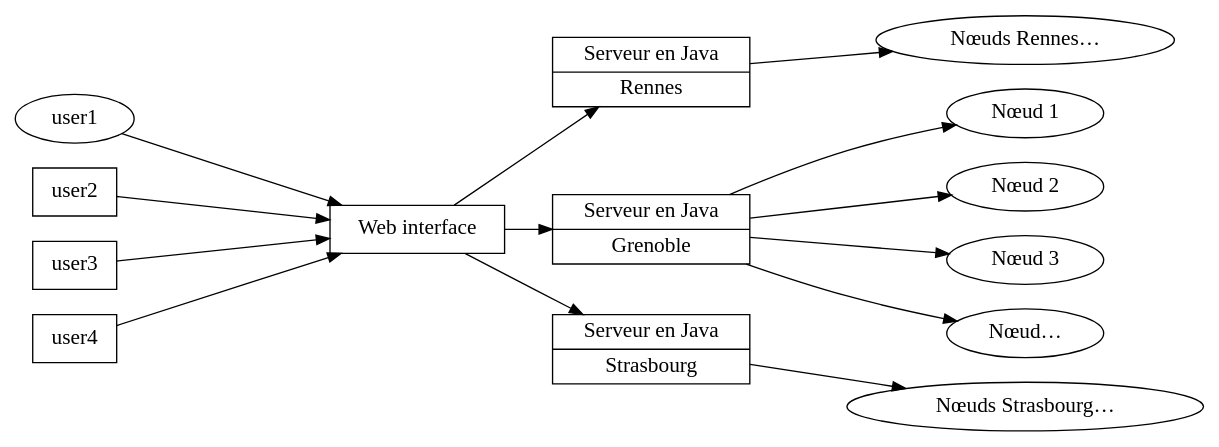
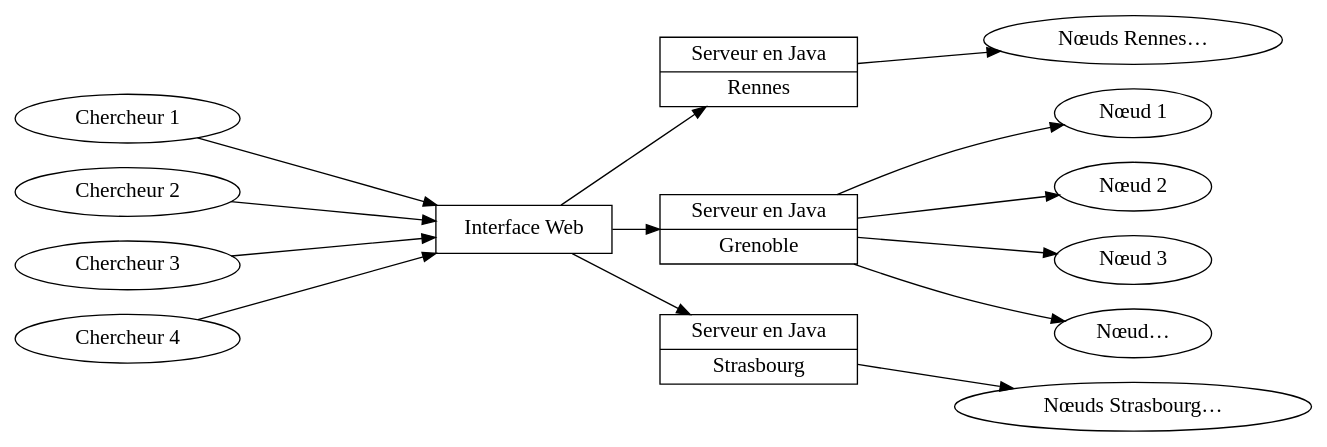
The diagram in images/graphviz_files/fit_architecture.dot (cladmi/presentation_integration_continue_inria), drawn with Graphviz before and after one commit. The commit also changed 7 other files, not shown here.

```diff
--- a/images/graphviz_files/fit_architecture.dot
+++ b/images/graphviz_files/fit_architecture.dot
@@ -1,38 +1,41 @@
 digraph g {
     graph [
         rankdir = "LR"
     ];
     node [
         fontsize = "16"
         shape = "record"
     ];
 
 
-    "user1" [ shape = "ellipse"];
-    "user1" -> "Web interface" [minlen=4]
-    "user2" -> "Web interface" [minlen=4]
-    "user3" -> "Web interface" [minlen=4]
-    "user4" -> "Web interface" [minlen=4]
+    "Chercheur 1" [ shape = "ellipse"];
+    "Chercheur 2" [ shape = "ellipse"];
+    "Chercheur 3" [ shape = "ellipse"];
+    "Chercheur 4" [ shape = "ellipse"];
+    "Chercheur 1" -> "Interface Web" [minlen=4]
+    "Chercheur 2" -> "Interface Web" [minlen=4]
+    "Chercheur 3" -> "Interface Web" [minlen=4]
+    "Chercheur 4" -> "Interface Web" [minlen=4]
 
     "EH Rennes" [ label = "Serveur en Java | Rennes" ];
     "EH Grenoble" [ label = "Serveur en Java | Grenoble" ];
     "EH Strasbourg" [ label = "Serveur en Java | Strasbourg" ];
-    "Web interface" -> "EH Grenoble"
-    "Web interface" -> "EH Rennes"
-    "Web interface" -> "EH Strasbourg"
+    "Interface Web" -> "EH Grenoble"
+    "Interface Web" -> "EH Rennes"
+    "Interface Web" -> "EH Strasbourg"
 
     "Nœuds Rennes…" [shape=ellipse]
     "Nœud 1" [shape=ellipse]
     "Nœud 2" [shape=ellipse]
     "Nœud 3" [shape=ellipse]
     "Nœud…" [shape=ellipse]
     "Nœuds Strasbourg…" [shape=ellipse]
 
     "EH Rennes" -> "Nœuds Rennes…" [minlen=2]
     "EH Grenoble" -> "Nœud 1" [minlen=2]
     "EH Grenoble" -> "Nœud 2" [minlen=2]
     "EH Grenoble" -> "Nœud 3" [minlen=2]
     "EH Grenoble" -> "Nœud…" [minlen=2]
     "EH Strasbourg" -> "Nœuds Strasbourg…" [minlen=2]
 
 }
```
